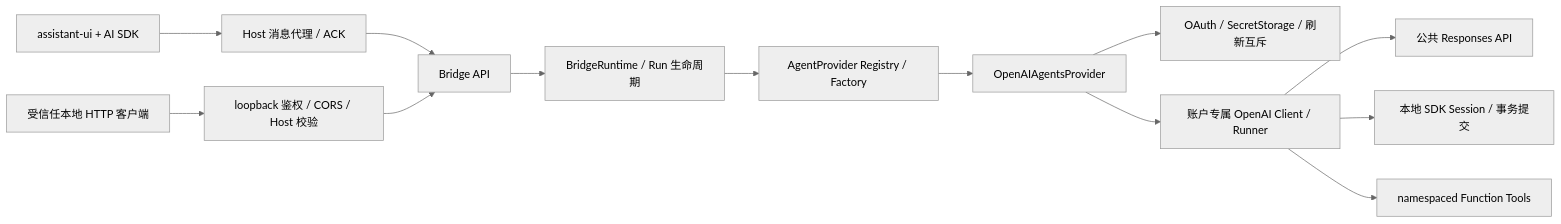
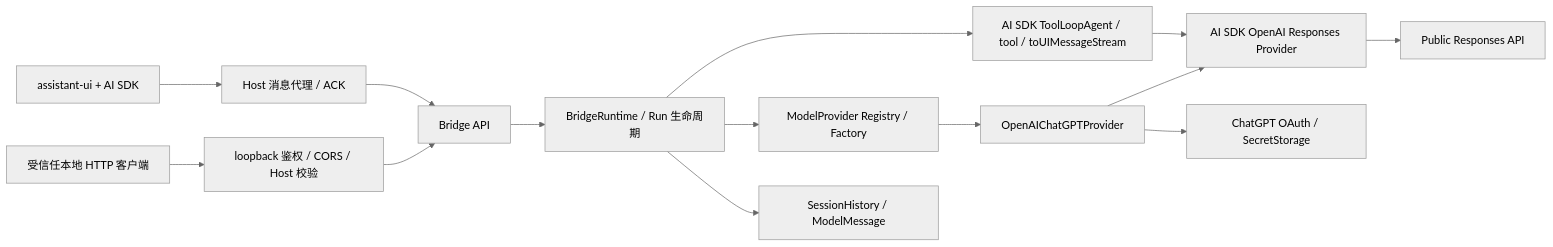
Before and after one commit to ryanzen9/Meerkat: the diagram in docs/agent-bridge.md, drawn with Mermaid (neutral theme). The commit also changed other lines of this file and 32 other files, not shown here.

Commit message:
refactor: refactor the backend service Agent Runtime to vercel/ai-sdk + multi provider adapter form

````diff
--- a/docs/agent-bridge.md
+++ b/docs/agent-bridge.md
@@ -90,15 +90,16 @@
 ```mermaid
 flowchart LR
   UI[assistant-ui + AI SDK] --> IPC[Host 消息代理 / ACK]
   IPC --> API[Bridge API]
   Local[受信任本地 HTTP 客户端] --> HTTP[loopback 鉴权 / CORS / Host 校验]
   HTTP --> API
   API --> Runtime[BridgeRuntime / Run 生命周期]
-  Runtime --> Registry[AgentProvider Registry / Factory]
-  Registry --> Provider[OpenAIAgentsProvider]
-  Provider --> Auth[OAuth / SecretStorage / 刷新互斥]
-  Provider --> SDK[账户专属 OpenAI Client / Runner]
-  SDK --> Responses[公共 Responses API]
-  SDK --> Session[本地 SDK Session / 事务提交]
-  SDK --> Tools[namespaced Function Tools]
+  Runtime --> Agent[AI SDK ToolLoopAgent / tool / toUIMessageStream]
+  Runtime --> Registry[ModelProvider Registry / Factory]
+  Registry --> Provider[OpenAIChatGPTProvider]
+  Provider --> Model[AI SDK OpenAI Responses Provider]
+  Provider --> Auth[ChatGPT OAuth / SecretStorage]
+  Agent --> Model
+  Model --> Responses[Public Responses API]
+  Runtime --> History[SessionHistory / ModelMessage]
 ```
````
